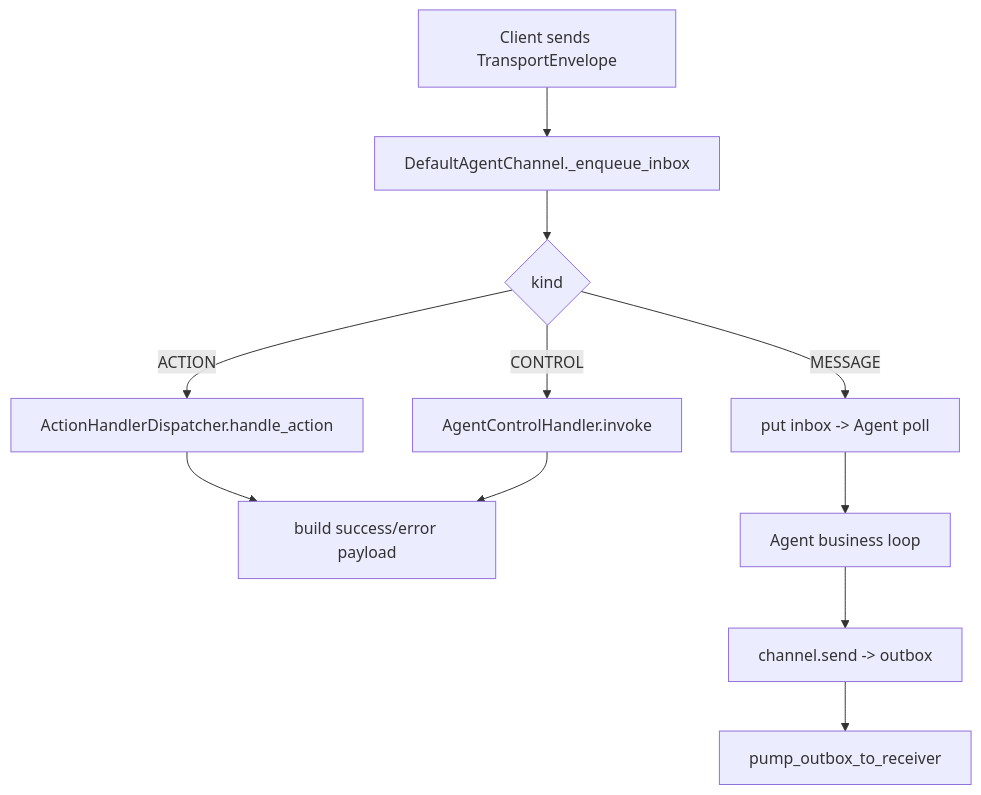
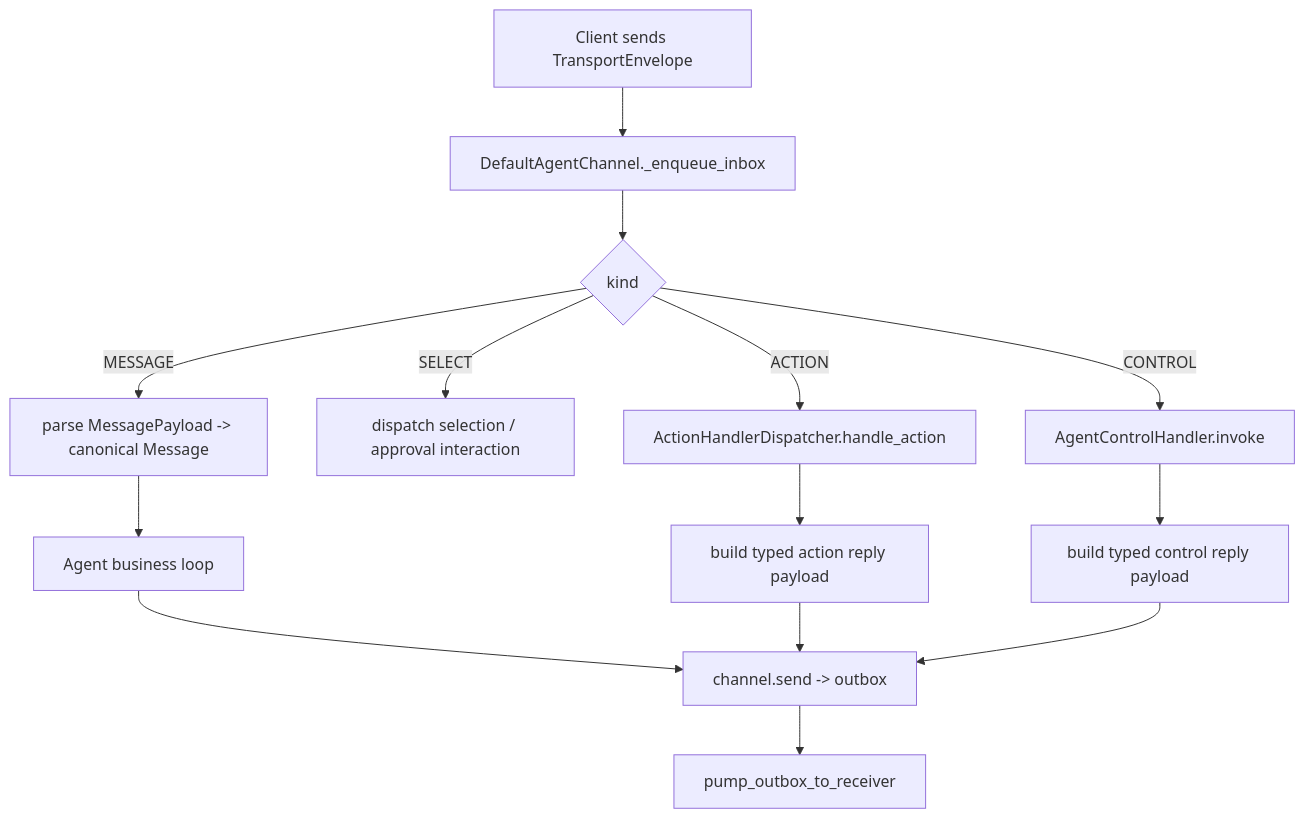
Before and after one commit to Ferris0518/Deterministic-Agent-Runtime-Engine: the diagram in docs/design/modules/transport/README.md, drawn with Mermaid. The commit also changed other lines of this file and 116 other files, not shown here.

````diff
--- a/docs/design/modules/transport/README.md
+++ b/docs/design/modules/transport/README.md
@@ -47,13 +160,16 @@
 ```mermaid
 flowchart TD
   A["Client sends TransportEnvelope"] --> B["DefaultAgentChannel._enqueue_inbox"]
   B --> C{"kind"}
-  C -- MESSAGE --> D["put inbox -> Agent poll"]
-  C -- ACTION --> E["ActionHandlerDispatcher.handle_action"]
-  C -- CONTROL --> F["AgentControlHandler.invoke"]
-  E --> G["build success/error payload"]
-  F --> G
+  C -- MESSAGE --> D["parse MessagePayload -> canonical Message"]
+  C -- SELECT --> E["dispatch selection / approval interaction"]
+  C -- ACTION --> F["ActionHandlerDispatcher.handle_action"]
+  C -- CONTROL --> G["AgentControlHandler.invoke"]
   D --> H["Agent business loop"]
-  H --> I["channel.send -> outbox"]
-  I --> J["pump_outbox_to_receiver"]
+  F --> I["build typed action reply payload"]
+  G --> J["build typed control reply payload"]
+  H --> K["channel.send -> outbox"]
+  I --> K
+  J --> K
+  K --> L["pump_outbox_to_receiver"]
 ```
````
